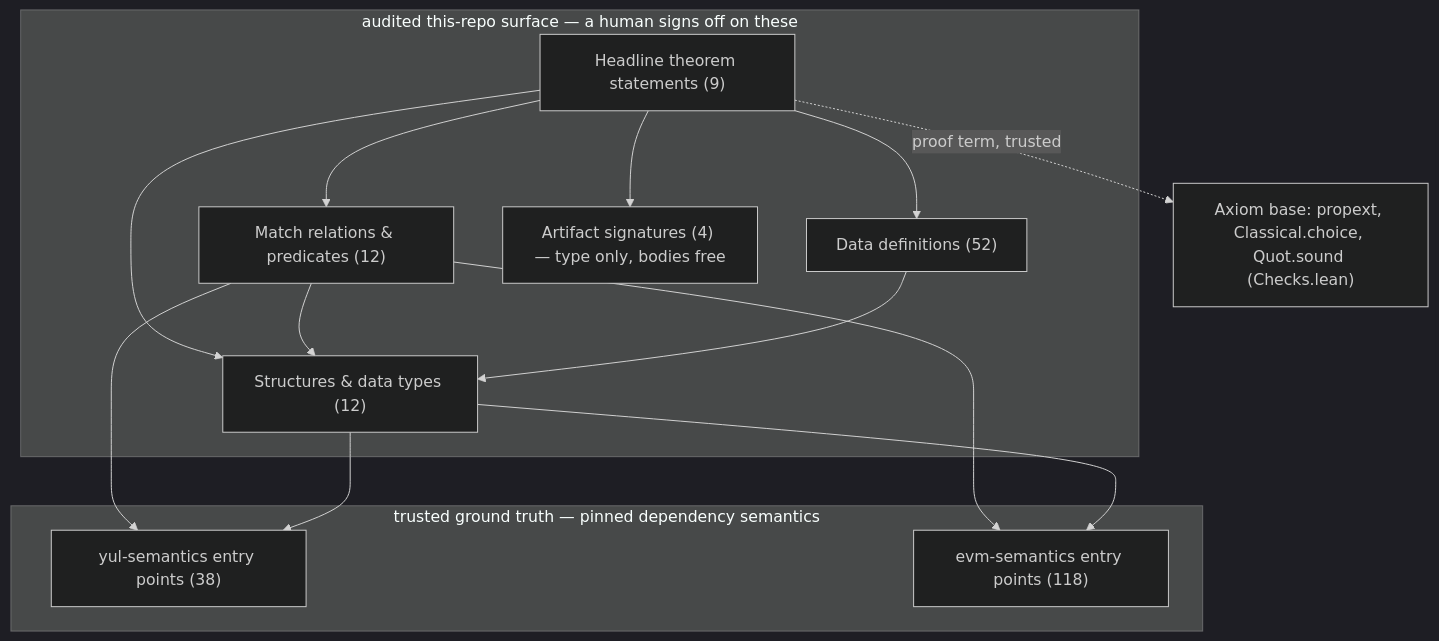
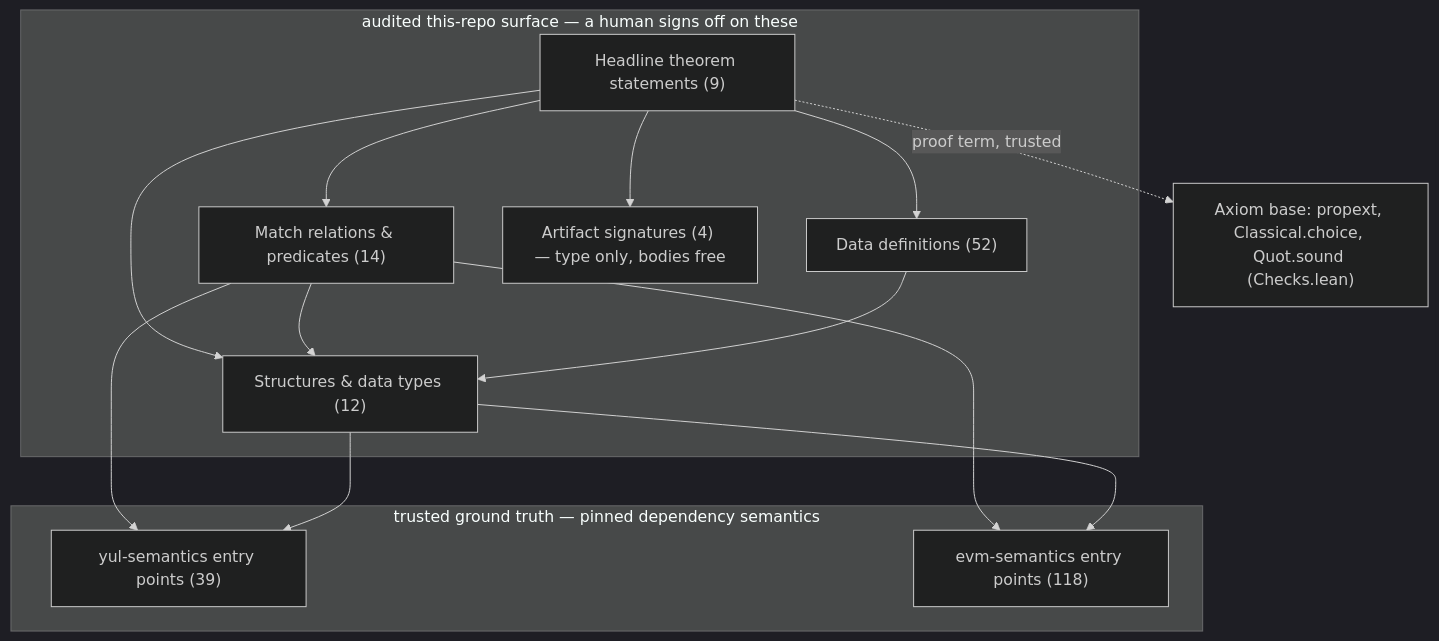
One commit to powdr-labs/yul-compiler changed the diagram in SPEC.md. Above: the diagram before and after it, drawn with Mermaid (dark theme). The commit also changed other lines of this file and 1 other file, not shown here.

First line of the commit message:
spec: re-pin for the vendored equivalence relations

````diff
--- a/SPEC.md
+++ b/SPEC.md
@@ -23,20 +23,20 @@
 ```mermaid
 flowchart TD
   subgraph audited ["audited this-repo surface — a human signs off on these"]
     S["Headline theorem statements (9)"]
-    R["Match relations & predicates (12)"]
+    R["Match relations & predicates (14)"]
     T["Structures & data types (12)"]
     D["Data definitions (52)"]
     A["Artifact signatures (4) — type only, bodies free"]
   end
   subgraph external ["trusted ground truth — pinned dependency semantics"]
-    YUL["yul-semantics entry points (38)"]
+    YUL["yul-semantics entry points (39)"]
     EVM["evm-semantics entry points (118)"]
   end
   AX["Axiom base: propext, Classical.choice, Quot.sound (Checks.lean)"]
   S --> R & T & D & A
   R --> T & YUL & EVM
   D --> T
   T --> YUL & EVM
   S -.->|proof term, trusted| AX
 ```
````
